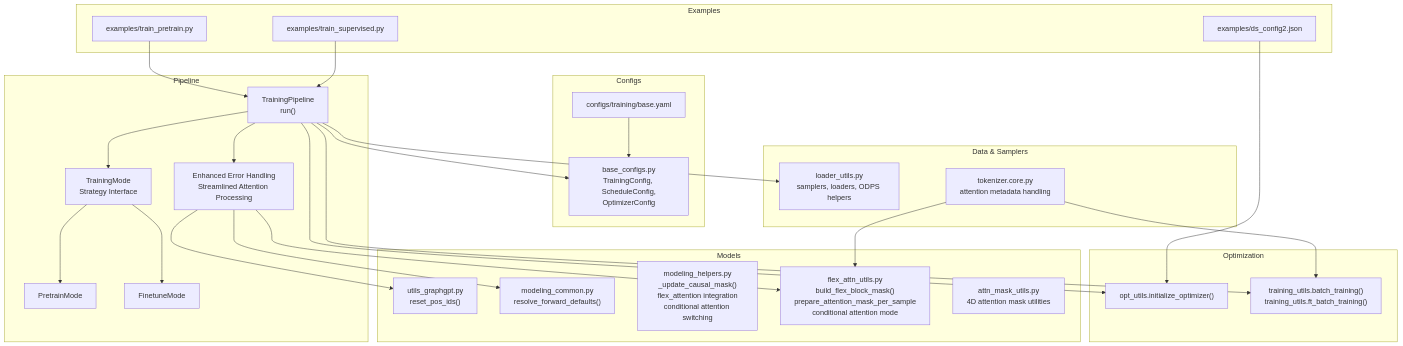
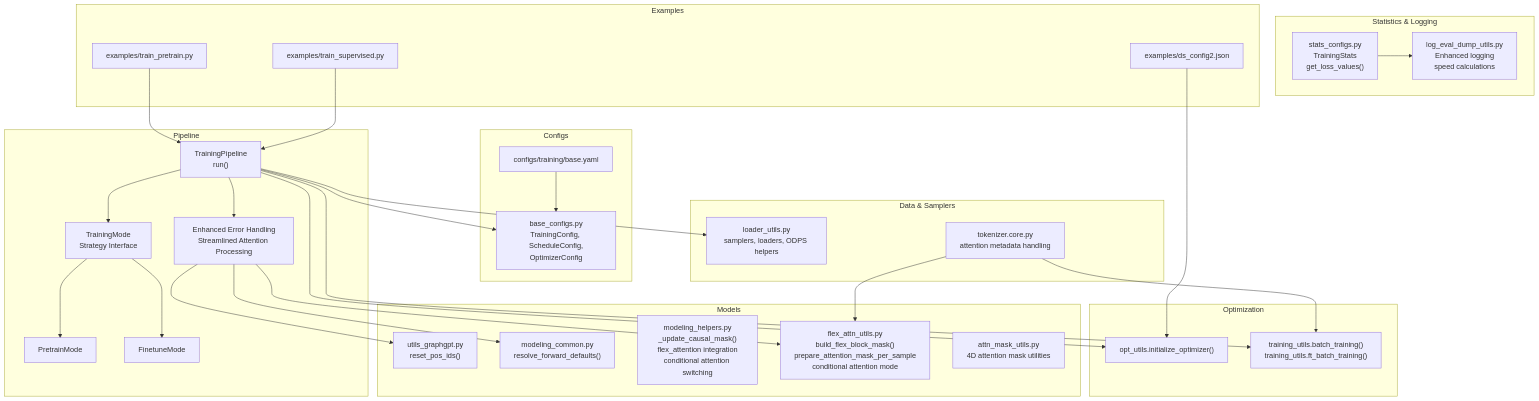
Before and after one commit to alibaba/graph-gpt: the first of 12 diagrams in .qoder/repowiki/en/content/Utility Functions/Training Support.md, drawn with Mermaid. The commit also changed other lines of this file and 6 other files, not shown here.

````diff
--- a/.qoder/repowiki/en/content/Utility Functions/Training Support.md
+++ b/.qoder/repowiki/en/content/Utility Functions/Training Support.md
@@ -57,51 +60,56 @@
 ```mermaid
 graph TB
 subgraph "Pipeline"
 P["TrainingPipeline<br/>run()"]
 M["TrainingMode<br/>Strategy Interface"]
 PM["PretrainMode"]
 FM["FinetuneMode"]
 EH["Enhanced Error Handling<br/>Streamlined Attention Processing"]
 end
 subgraph "Optimization"
 OU["opt_utils.initialize_optimizer()"]
 TU["training_utils.batch_training()<br/>training_utils.ft_batch_training()"]
 end
 subgraph "Configs"
 BC["base_configs.py<br/>TrainingConfig, ScheduleConfig,<br/>OptimizerConfig"]
 BY["configs/training/base.yaml"]
 end
 subgraph "Data & Samplers"
 LU["loader_utils.py<br/>samplers, loaders, ODPS helpers"]
 TK["tokenizer.core.py<br/>attention metadata handling"]
 end
 subgraph "Models"
 MG["utils_graphgpt.py<br/>reset_pos_ids()"]
 MC["modeling_common.py<br/>resolve_forward_defaults()"]
 MH["modeling_helpers.py<br/>_update_causal_mask()<br/>flex_attention integration<br/>conditional attention switching"]
 FAU["flex_attn_utils.py<br/>build_flex_block_mask()<br/>prepare_attention_mask_per_sample<br/>conditional attention mode"]
 AMU["attn_mask_utils.py<br/>4D attention mask utilities"]
 end
+subgraph "Statistics & Logging"
+SC["stats_configs.py<br/>TrainingStats<br/>get_loss_values()"]
+LEDU["log_eval_dump_utils.py<br/>Enhanced logging<br/>speed calculations"]
+end
 subgraph "Examples"
 TP["examples/train_pretrain.py"]
 TS["examples/train_supervised.py"]
 DSJ["examples/ds_config2.json"]
 end
 P --> M
 M --> PM
 M --> FM
 P --> OU
 P --> TU
 P --> LU
 P --> BC
 P --> EH
 EH --> MG
 EH --> MC
 EH --> FAU
 TK --> TU
 TK --> FAU
+SC --> LEDU
 TP --> P
 TS --> P
 DSJ --> OU
 BY --> BC
 ```
````
